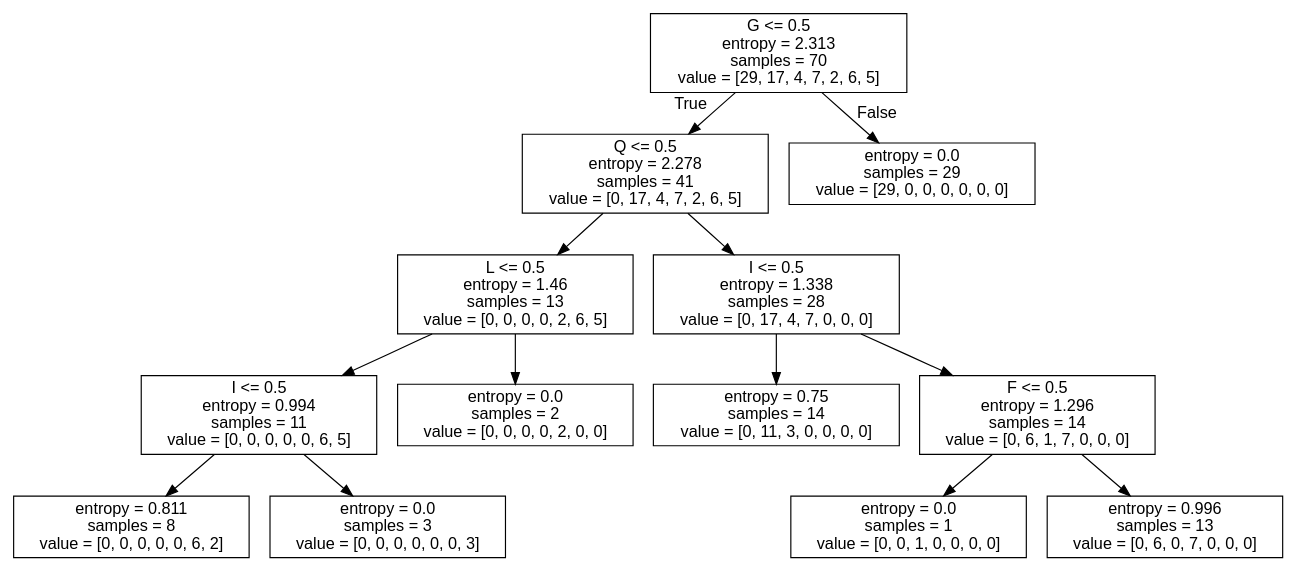
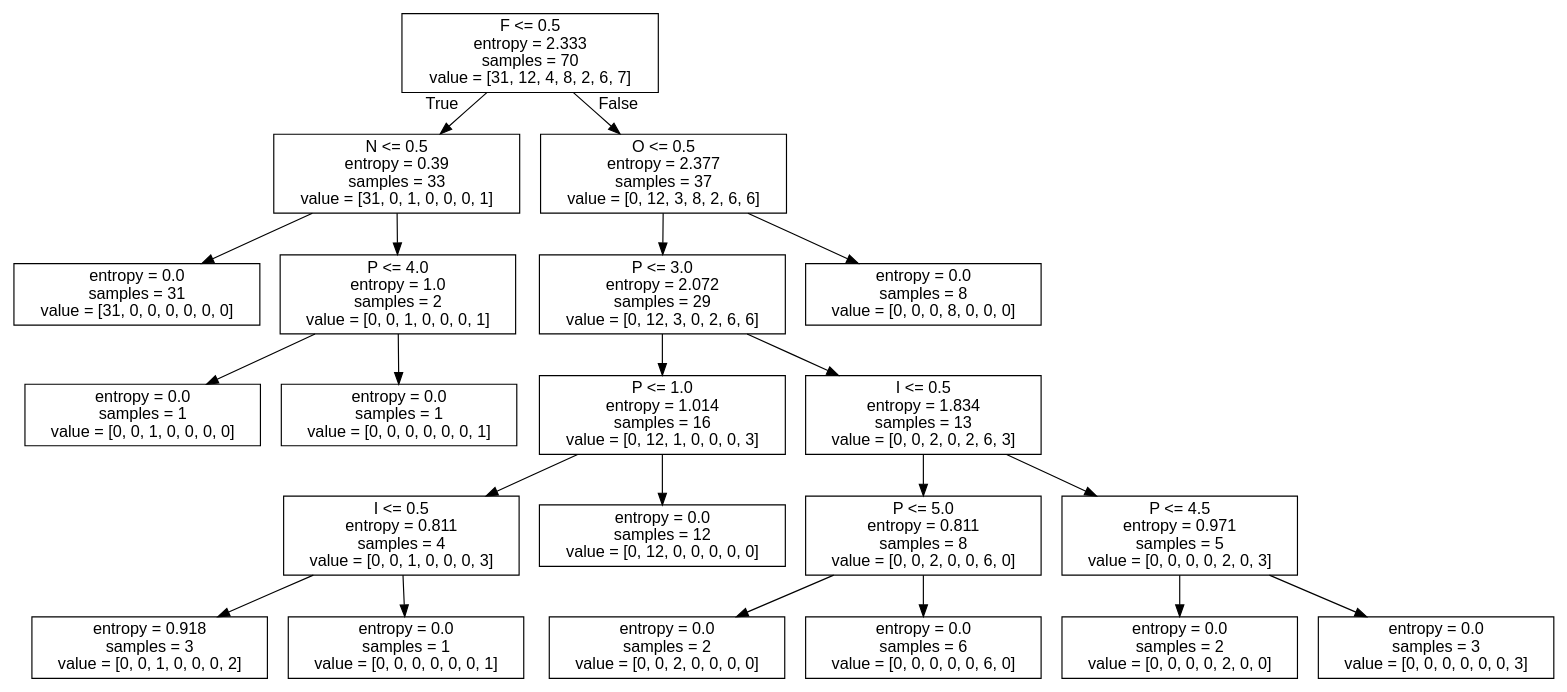
One commit to Weamix/ApprentissageArtificiel changed the diagram in EVAL/tree.dot. Above: the diagram before and after it, drawn with Graphviz. The commit also changed 2 other files, not shown here.

```diff
--- a/EVAL/tree.dot
+++ b/EVAL/tree.dot
@@ -1,29 +1,45 @@
 digraph Tree {
 node [shape=box, fontname="helvetica"] ;
 edge [fontname="helvetica"] ;
-0 [label="G <= 0.5\nentropy = 2.313\nsamples = 70\nvalue = [29, 17, 4, 7, 2, 6, 5]"] ;
-1 [label="Q <= 0.5\nentropy = 2.278\nsamples = 41\nvalue = [0, 17, 4, 7, 2, 6, 5]"] ;
+0 [label="F <= 0.5\nentropy = 2.333\nsamples = 70\nvalue = [31, 12, 4, 8, 2, 6, 7]"] ;
+1 [label="N <= 0.5\nentropy = 0.39\nsamples = 33\nvalue = [31, 0, 1, 0, 0, 0, 1]"] ;
 0 -> 1 [labeldistance=2.5, labelangle=45, headlabel="True"] ;
-2 [label="L <= 0.5\nentropy = 1.46\nsamples = 13\nvalue = [0, 0, 0, 0, 2, 6, 5]"] ;
+2 [label="entropy = 0.0\nsamples = 31\nvalue = [31, 0, 0, 0, 0, 0, 0]"] ;
 1 -> 2 ;
-3 [label="I <= 0.5\nentropy = 0.994\nsamples = 11\nvalue = [0, 0, 0, 0, 0, 6, 5]"] ;
-2 -> 3 ;
-4 [label="entropy = 0.811\nsamples = 8\nvalue = [0, 0, 0, 0, 0, 6, 2]"] ;
+3 [label="P <= 4.0\nentropy = 1.0\nsamples = 2\nvalue = [0, 0, 1, 0, 0, 0, 1]"] ;
+1 -> 3 ;
+4 [label="entropy = 0.0\nsamples = 1\nvalue = [0, 0, 1, 0, 0, 0, 0]"] ;
 3 -> 4 ;
-5 [label="entropy = 0.0\nsamples = 3\nvalue = [0, 0, 0, 0, 0, 0, 3]"] ;
+5 [label="entropy = 0.0\nsamples = 1\nvalue = [0, 0, 0, 0, 0, 0, 1]"] ;
 3 -> 5 ;
-6 [label="entropy = 0.0\nsamples = 2\nvalue = [0, 0, 0, 0, 2, 0, 0]"] ;
-2 -> 6 ;
-7 [label="I <= 0.5\nentropy = 1.338\nsamples = 28\nvalue = [0, 17, 4, 7, 0, 0, 0]"] ;
-1 -> 7 ;
-8 [label="entropy = 0.75\nsamples = 14\nvalue = [0, 11, 3, 0, 0, 0, 0]"] ;
+6 [label="O <= 0.5\nentropy = 2.377\nsamples = 37\nvalue = [0, 12, 3, 8, 2, 6, 6]"] ;
+0 -> 6 [labeldistance=2.5, labelangle=-45, headlabel="False"] ;
+7 [label="P <= 3.0\nentropy = 2.072\nsamples = 29\nvalue = [0, 12, 3, 0, 2, 6, 6]"] ;
+6 -> 7 ;
+8 [label="P <= 1.0\nentropy = 1.014\nsamples = 16\nvalue = [0, 12, 1, 0, 0, 0, 3]"] ;
 7 -> 8 ;
-9 [label="F <= 0.5\nentropy = 1.296\nsamples = 14\nvalue = [0, 6, 1, 7, 0, 0, 0]"] ;
-7 -> 9 ;
-10 [label="entropy = 0.0\nsamples = 1\nvalue = [0, 0, 1, 0, 0, 0, 0]"] ;
+9 [label="I <= 0.5\nentropy = 0.811\nsamples = 4\nvalue = [0, 0, 1, 0, 0, 0, 3]"] ;
+8 -> 9 ;
+10 [label="entropy = 0.918\nsamples = 3\nvalue = [0, 0, 1, 0, 0, 0, 2]"] ;
 9 -> 10 ;
-11 [label="entropy = 0.996\nsamples = 13\nvalue = [0, 6, 0, 7, 0, 0, 0]"] ;
+11 [label="entropy = 0.0\nsamples = 1\nvalue = [0, 0, 0, 0, 0, 0, 1]"] ;
 9 -> 11 ;
-12 [label="entropy = 0.0\nsamples = 29\nvalue = [29, 0, 0, 0, 0, 0, 0]"] ;
-0 -> 12 [labeldistance=2.5, labelangle=-45, headlabel="False"] ;
+12 [label="entropy = 0.0\nsamples = 12\nvalue = [0, 12, 0, 0, 0, 0, 0]"] ;
+8 -> 12 ;
+13 [label="I <= 0.5\nentropy = 1.834\nsamples = 13\nvalue = [0, 0, 2, 0, 2, 6, 3]"] ;
+7 -> 13 ;
+14 [label="P <= 5.0\nentropy = 0.811\nsamples = 8\nvalue = [0, 0, 2, 0, 0, 6, 0]"] ;
+13 -> 14 ;
+15 [label="entropy = 0.0\nsamples = 2\nvalue = [0, 0, 2, 0, 0, 0, 0]"] ;
+14 -> 15 ;
+16 [label="entropy = 0.0\nsamples = 6\nvalue = [0, 0, 0, 0, 0, 6, 0]"] ;
+14 -> 16 ;
+17 [label="P <= 4.5\nentropy = 0.971\nsamples = 5\nvalue = [0, 0, 0, 0, 2, 0, 3]"] ;
+13 -> 17 ;
+18 [label="entropy = 0.0\nsamples = 2\nvalue = [0, 0, 0, 0, 2, 0, 0]"] ;
+17 -> 18 ;
+19 [label="entropy = 0.0\nsamples = 3\nvalue = [0, 0, 0, 0, 0, 0, 3]"] ;
+17 -> 19 ;
+20 [label="entropy = 0.0\nsamples = 8\nvalue = [0, 0, 0, 8, 0, 0, 0]"] ;
+6 -> 20 ;
 }
```
